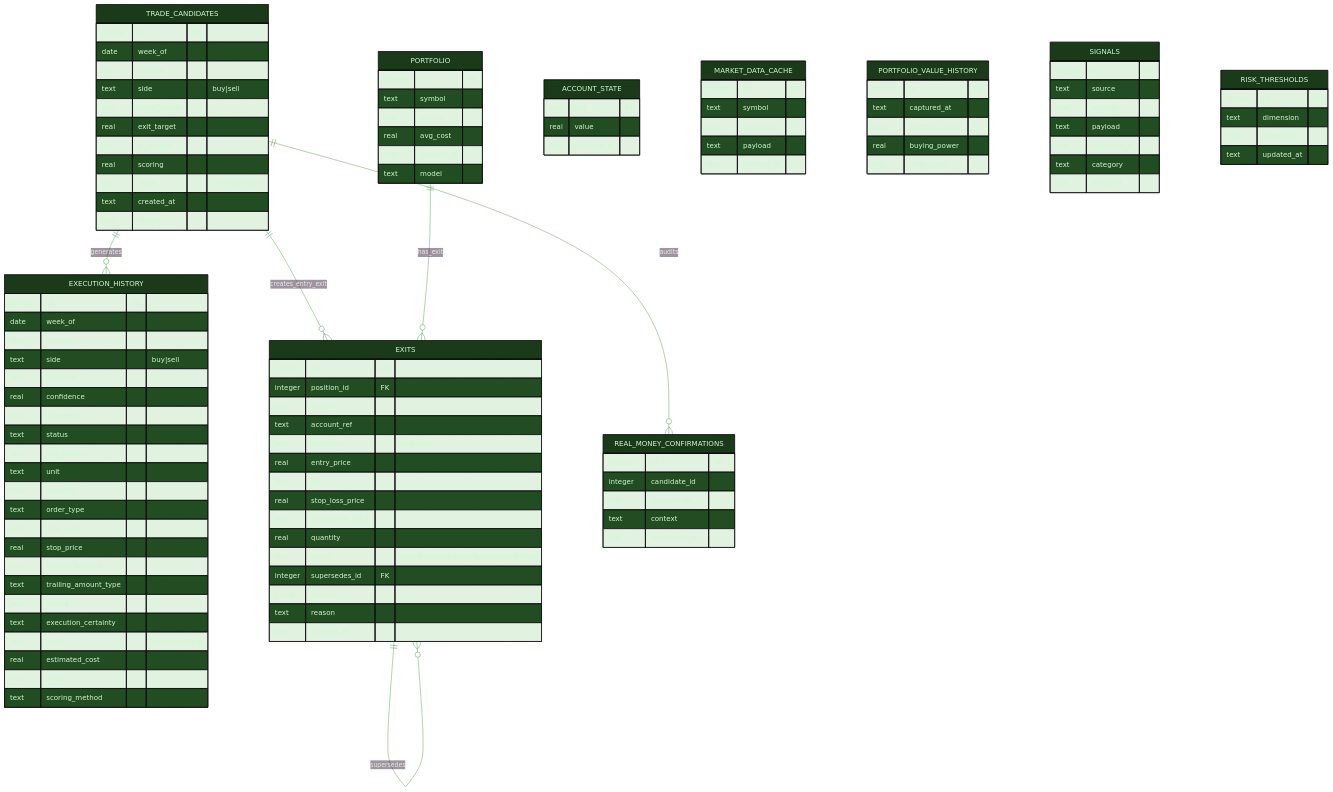
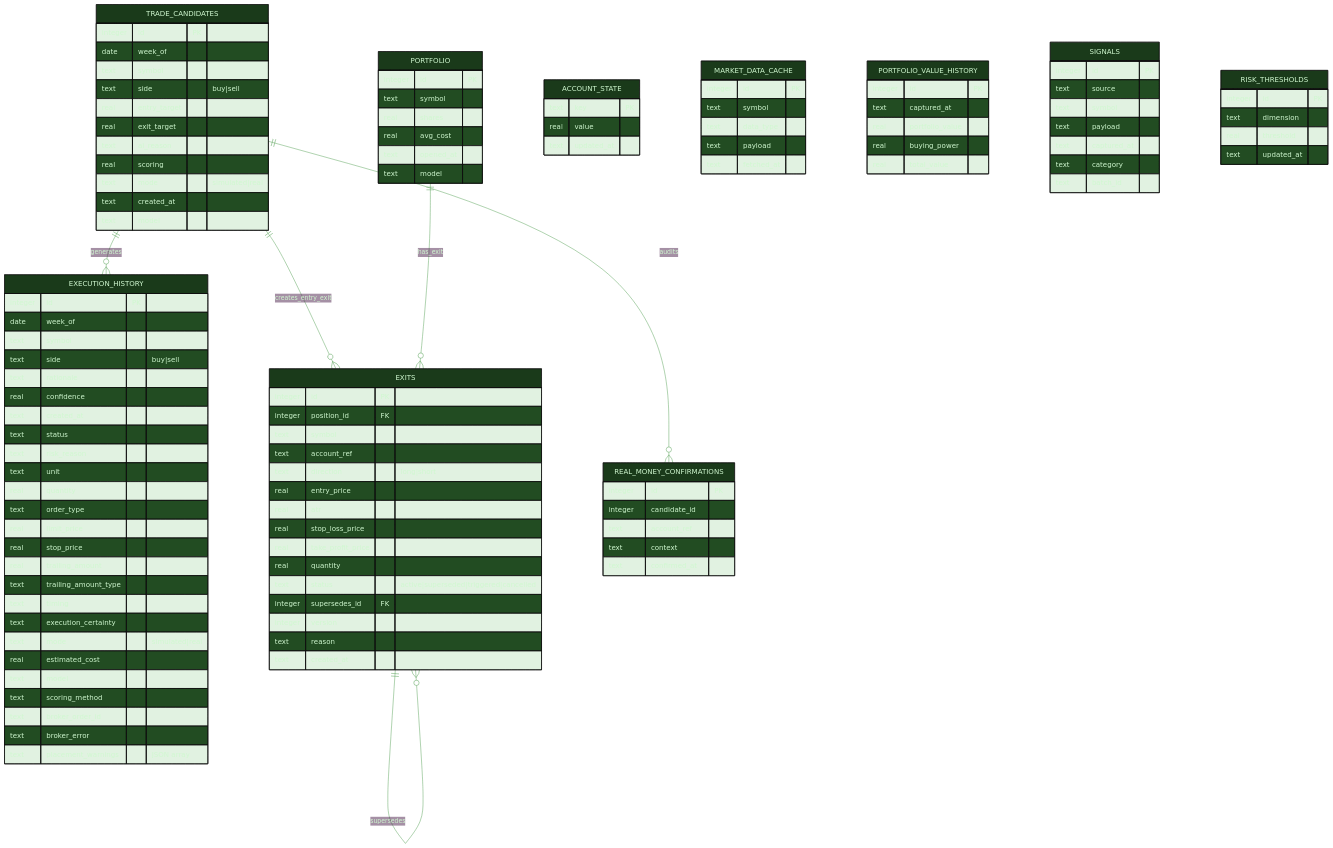
One commit to tylerdrakemusic/-Workspace changed the diagram in diagrams/capital-db-schema.mmd. Above: the diagram before and after it, drawn with Mermaid. The commit also changed 4 other files, not shown here.

First line of the commit message:
⊕ workspace: update architecture diagrams for FR-20260801-sigmacapital-real-order-placement

```diff
--- a/diagrams/capital-db-schema.mmd
+++ b/diagrams/capital-db-schema.mmd
@@ -1,122 +1,127 @@
 %%{init: {'theme': 'base', 'themeVariables': {'primaryColor': '#1a3a1a', 'primaryTextColor': '#d0f8d0', 'edgeLabelBackground': '#0f1318', 'lineColor': '#4a9a4a'}}}%%
 erDiagram
     TRADE_CANDIDATES ||--o{ EXECUTION_HISTORY : generates
     TRADE_CANDIDATES ||--o{ EXITS : creates_entry_exit
     PORTFOLIO ||--o{ EXITS : has_exit
     EXITS ||--o{ EXITS : supersedes
     TRADE_CANDIDATES ||--o{ REAL_MONEY_CONFIRMATIONS : audits
 
     PORTFOLIO {
         integer id PK
         text symbol
         real shares
         real avg_cost
         text opened_at
         text model
     }
     ACCOUNT_STATE {
         text key PK
         real value
         text updated_at
     }
     EXECUTION_HISTORY {
         integer id PK
         date week_of
         text symbol
         text side "buy|sell"
         text rationale
         real confidence
         text created_at
         text status
         text risk_reason
         text unit
         real quantity
         text order_type
         real limit_price
         real stop_price
         real trailing_amount
         text trailing_amount_type
         text timing
         text execution_certainty
         text mode "simulated|real"
         real estimated_cost
         text model
         text scoring_method
+        text broker_order_id
+        text broker_error
+        text placement_warnings "JSON array"
     }
     MARKET_DATA_CACHE {
         integer id PK
         text symbol
         text data_type
         text payload
         text fetched_at
     }
     PORTFOLIO_VALUE_HISTORY {
         integer id PK
         text captured_at
         real portfolio_value
         real buying_power
         real total_value
     }
     SIGNALS {
         integer id PK
         text source
         text symbol
         text payload
         text captured_at
         text category
         text batch_id
     }
     RISK_THRESHOLDS {
         integer id PK
         text dimension
         real threshold
         text updated_at
     }
     TRADE_CANDIDATES {
         integer id PK
         date week_of
         text symbol
         text side "buy|sell"
         real entry_target
         real exit_target
         text ai_reason
         real scoring
         text mode "simulated|real"
         text created_at
         text model
     }
     EXITS {
         integer id PK
         integer position_id FK
         text symbol
         text account_ref
         text direction "long|short"
         real entry_price
         real atr
         real stop_loss_price
         real take_profit_price
         real quantity
         text status "active|superseded|triggered|cancelled"
         integer supersedes_id FK
         integer version
         text reason
         text created_at
     }
 
     %% EXITS (FR-20260704): per-position exit strategy rows — ATR-based stop/target,
     %% short-mirror direction support, supersede chain for re-evaluated thresholds,
     %% max-hold forced exit and partial/tranche closes tracked via version+status
     REAL_MONEY_CONFIRMATIONS {
         integer id PK
         integer candidate_id
         text account_ref
         text context
         text confirmed_at
     }
 
     %% sigmacapital.db — SQLCipher, key=SIGMACAPITAL_DB_KEY
     %% CHECK constraints enforce side ∈ {buy,sell} and mode ∈ {sim,real}
     %% mode='real' reserved for future FR after broker-API compliance review
     %% model column (FR-20260627): per-pick LLM provenance — legacy portfolio/execution rows backfilled to 'raptor', legacy candidates left NULL
     %% mode='real' authorized (charter amended, broker-API compliance review complete)
-    %% for the single dedicated low-risk account; M2 order placement gated on funding
+    %% for the single dedicated low-risk account; M2 live order placement ACTIVE
+    %% (FR-20260801-sigmacapital-real-order-placement): broker_order_id / broker_error /
+    %% placement_warnings capture the Schwab placement outcome per execution row
```
